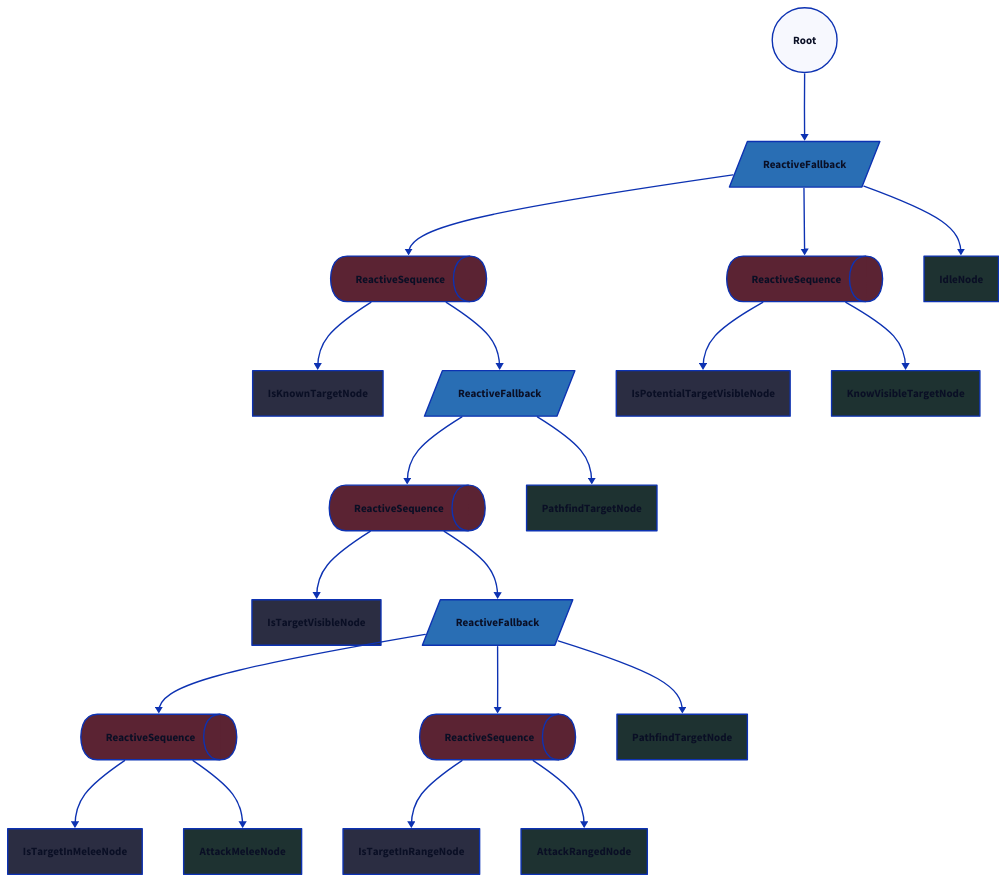
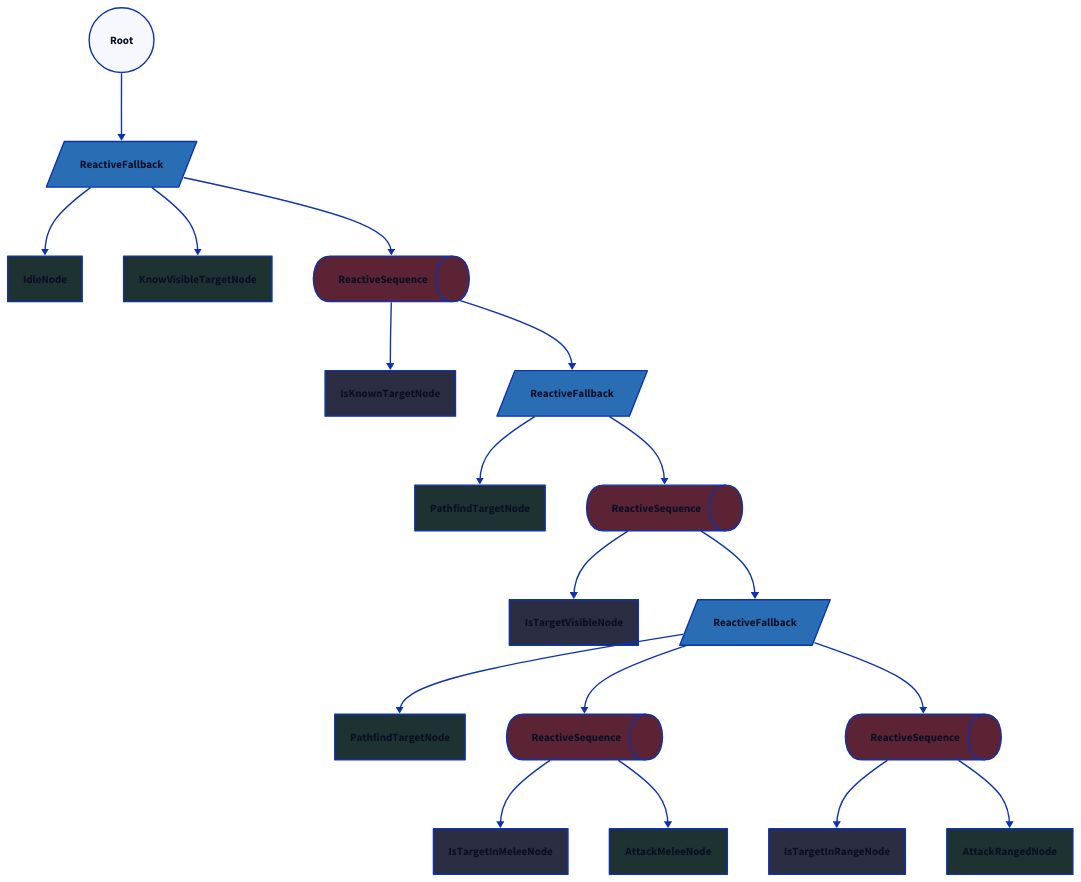
Before and after one commit to LanceWells/Centari: the diagram in Scripts/Behaviors/ExampleTrees/ExampleHostile.d2, drawn with D2. The commit also changed 15 other files, not shown here.

```diff
--- a/Scripts/Behaviors/ExampleTrees/ExampleHostile.d2
+++ b/Scripts/Behaviors/ExampleTrees/ExampleHostile.d2
@@ -1,86 +1,81 @@
 classes: {
   ReactiveFallback: {
     label: ReactiveFallback
     shape: parallelogram
     style: {
       fill: "#296EB4"
     }
   }
 
   ReactiveSequence: {
     label: ReactiveSequence
     shape: queue
     style: {
       fill: "#5B2333"
     }
   }
 
   ConditionalNode: {
     style: {
       fill: "#2B2D42"
     }
   }
 
   ActionNode: {
     style: {
       fill: "#1E3231"
     }
   }
 }
 
 IsKnownTargetNode.class: ConditionalNode
-IsPotentialTargetVisibleNode.class: ConditionalNode
 IsTargetInMeleeNode.class: ConditionalNode
 IsTargetInRangeNode.class: ConditionalNode
 IsTargetVisibleNode.class: ConditionalNode
 
 AttackMeleeNode.class: ActionNode
 AttackRangedNode.class: ActionNode
 PathfindTargetNode1: PathfindTargetNode
 PathfindTargetNode1.class: ActionNode
 PathfindTargetNode2: PathfindTargetNode
 PathfindTargetNode2.class: ActionNode
 IdleNode.class: ActionNode
 KnowVisibleTargetNode.class: ActionNode
 
 RF_Root.class: ReactiveFallback
 RF_Attack.class: ReactiveFallback
 RF_Target.class: ReactiveFallback
 
 RS_IfKnowTarget.class: ReactiveSequence
 RS_IfTargetVisible.class: ReactiveSequence
 RS_TargetMeleeable.class: ReactiveSequence
 RS_TargetRangeable.class: ReactiveSequence
-RS_OtherTargetsVisible.class: ReactiveSequence
 
 Root: {
   shape: circle
 }
 
 Root -> RF_Root
 
 RF_Root -> RS_IfKnowTarget
-RF_Root -> RS_OtherTargetsVisible
+RF_Root -> KnowVisibleTargetNode
 RF_Root -> IdleNode
-
-RS_OtherTargetsVisible -> IsPotentialTargetVisibleNode
-RS_OtherTargetsVisible -> KnowVisibleTargetNode
 
 RS_IfKnowTarget -> IsKnownTargetNode
 RS_IfKnowTarget -> RF_Target
 
 RF_Target -> RS_IfTargetVisible
 RF_Target -> PathfindTargetNode2
 
 RS_IfTargetVisible -> IsTargetVisibleNode
 RS_IfTargetVisible -> RF_Attack
 
 RF_Attack -> RS_TargetMeleeable
 RF_Attack -> RS_TargetRangeable
 RF_Attack -> PathfindTargetNode1
 
 RS_TargetMeleeable -> IsTargetInMeleeNode
 RS_TargetMeleeable -> AttackMeleeNode
 
 RS_TargetRangeable -> IsTargetInRangeNode
 RS_TargetRangeable -> AttackRangedNode
```
